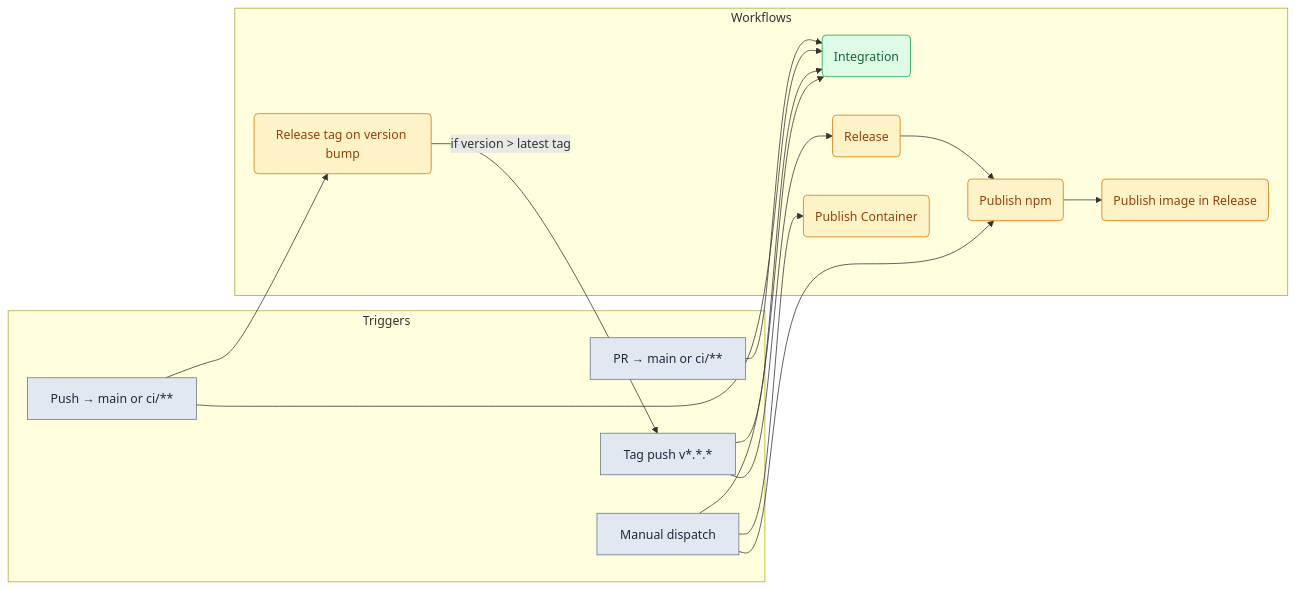
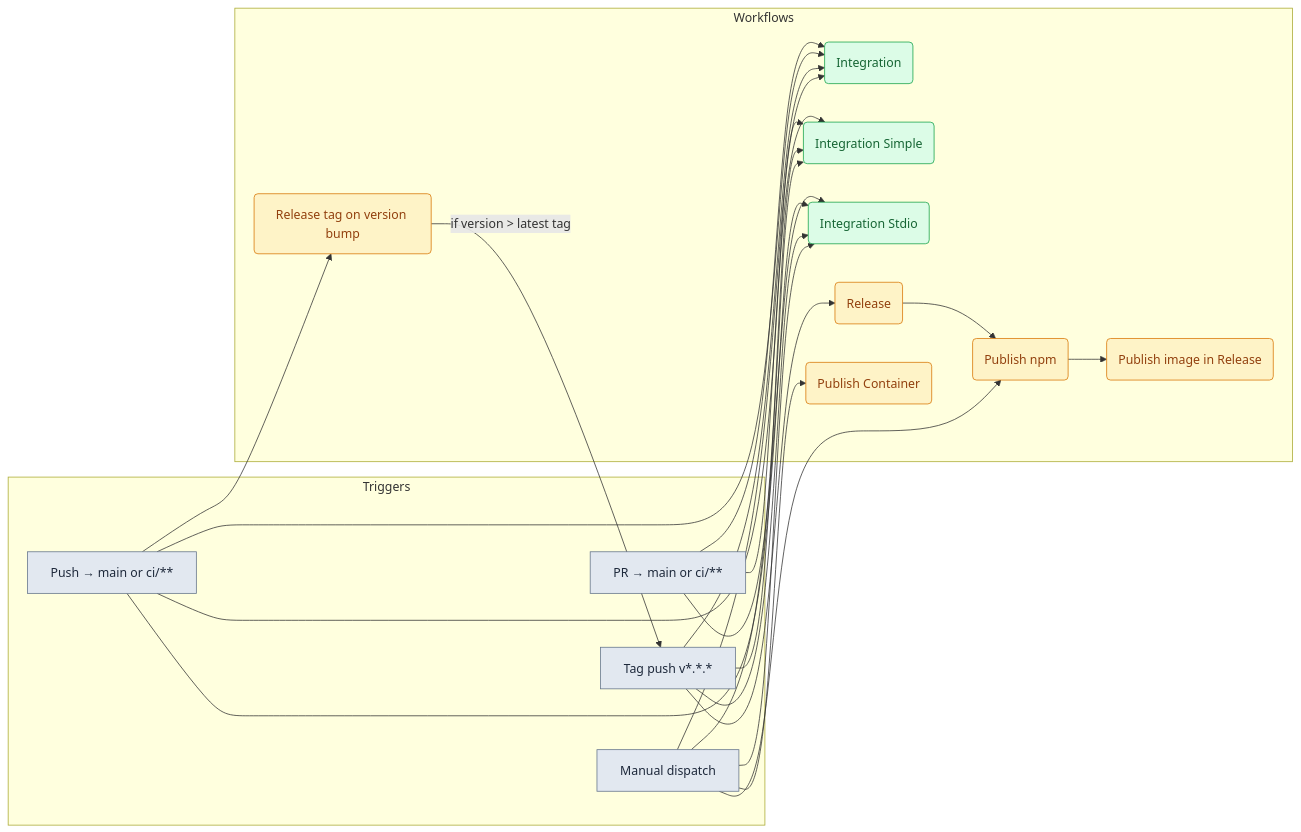
One commit to debian777/kairos-mcp changed the first of 3 diagrams in .github/workflows/README.md. Above: the diagram before and after it, drawn with Mermaid. The commit also changed other lines of this file and 4 other files, not shown here.

First line of the commit message:
ci: add Integration Stdio workflow separate from Simple

````diff
--- a/.github/workflows/README.md
+++ b/.github/workflows/README.md
@@ -5,37 +5,47 @@
 ```mermaid
 flowchart LR
   subgraph triggers["Triggers"]
     PR[PR → main or ci/**]
     PUSH[Push → main or ci/**]
     TAG[Tag push v*.*.*]
     MANUAL[Manual dispatch]
   end
 
   subgraph workflows["Workflows"]
     INT(Integration)
+    INTS(Integration Simple)
+    INTSTD(Integration Stdio)
     RTAG(Release tag on version bump)
     REL(Release)
     PNPM(Publish npm)
     PIMG(Publish image in Release)
     PCONT(Publish Container)
   end
 
   PR --> INT
+  PR --> INTS
+  PR --> INTSTD
   PUSH --> INT
+  PUSH --> INTS
+  PUSH --> INTSTD
   PUSH --> RTAG
   TAG --> INT
+  TAG --> INTS
+  TAG --> INTSTD
   TAG --> REL
   RTAG -->|"if version > latest tag"| TAG
   REL --> PNPM
   PNPM --> PIMG
   MANUAL --> INT
+  MANUAL --> INTS
+  MANUAL --> INTSTD
   MANUAL --> PNPM
   MANUAL --> PCONT
 
   classDef trigger fill:#e2e8f0,stroke:#64748b,color:#1e293b
   classDef integration fill:#dcfce7,stroke:#16a34a,color:#166534
   classDef release fill:#fef3c7,stroke:#d97706,color:#92400e
   class PR,PUSH,TAG,MANUAL trigger
-  class INT integration
+  class INT,INTS,INTSTD integration
   class RTAG,REL,PNPM,PIMG,PCONT release
 ```
````
